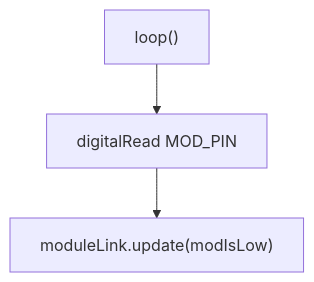
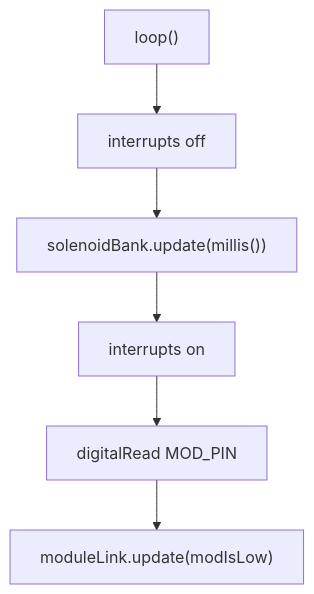
Before and after one commit to WiddleWabbit/MQTT-Module-Solenoid: the diagram in Firmware/docs/architecture.md, drawn with Mermaid. The commit also changed other lines of this file and 21 other files, not shown here.

````diff
--- a/Firmware/docs/architecture.md
+++ b/Firmware/docs/architecture.md
@@ -48,5 +54,8 @@
 ```mermaid
 flowchart TD
-  loop["loop()"] --> read["digitalRead MOD_PIN"]
+  loop["loop()"] --> off["interrupts off"]
+  off --> bank["solenoidBank.update(millis())"]
+  bank --> on["interrupts on"]
+  on --> read["digitalRead MOD_PIN"]
   read --> upd["moduleLink.update(modIsLow)"]
 ```
````
